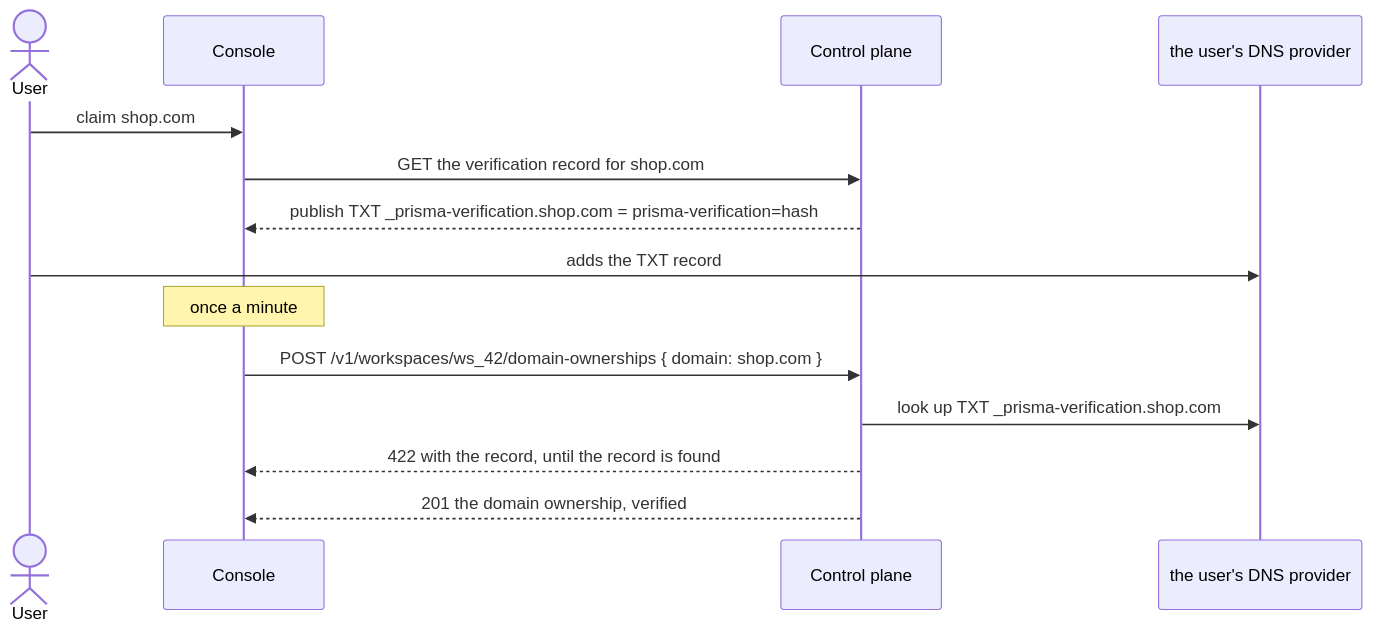
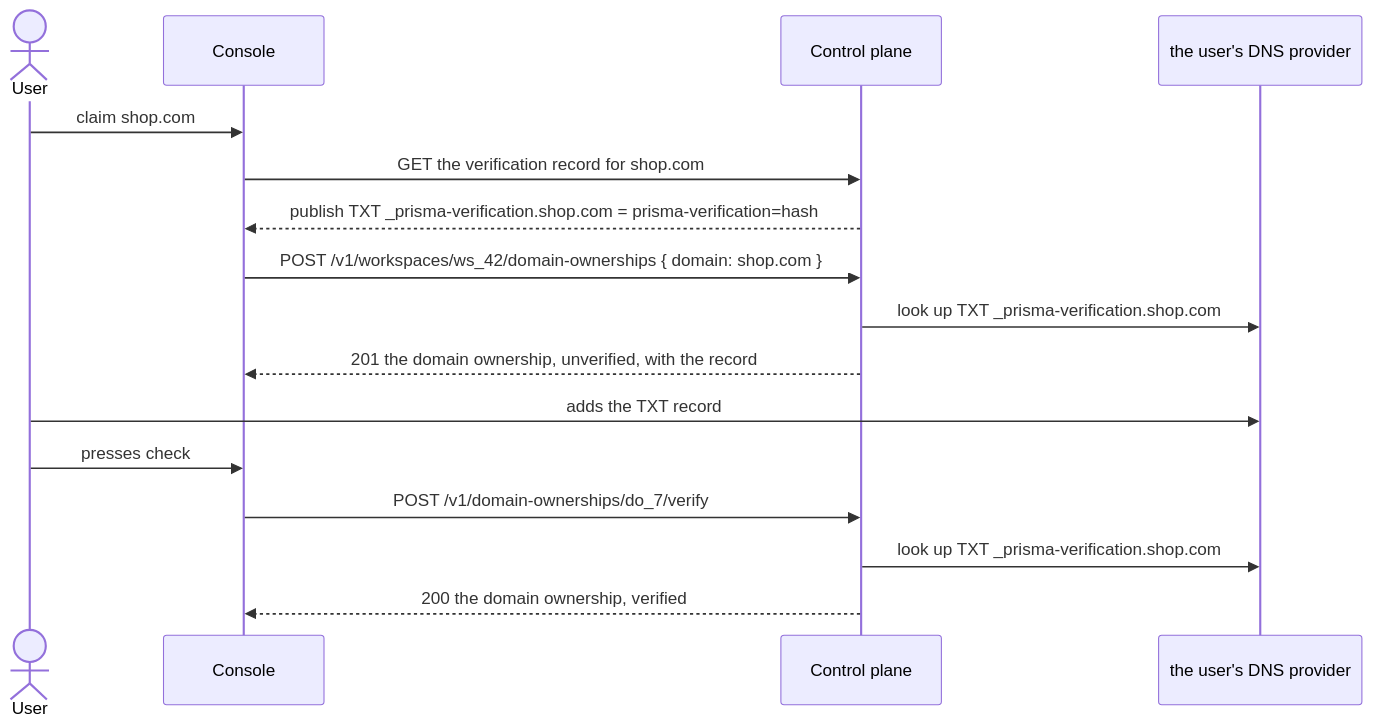
One commit to prisma/composer changed the second of 4 diagrams in .drive/projects/public-urls/design/README.md. Above: the diagram before and after it, drawn with Mermaid. The commit also changed other lines of this file and 8 other files, not shown here.

First line of the commit message:
docs(public-urls): follow the platform's expiry rule for domain ownerships

````diff
--- a/.drive/projects/public-urls/design/README.md
+++ b/.drive/projects/public-urls/design/README.md
@@ -139,16 +141,18 @@
 ```mermaid
 sequenceDiagram
   actor User
   participant Console
   participant CP as Control plane
   participant DNS as the user's DNS provider
   User->>Console: claim shop.com
   Console->>CP: GET the verification record for shop.com
   CP-->>Console: publish TXT _prisma-verification.shop.com = prisma-verification=hash
-  User->>DNS: adds the TXT record
-  Note over Console: once a minute
   Console->>CP: POST /v1/workspaces/ws_42/domain-ownerships { domain: shop.com }
   CP->>DNS: look up TXT _prisma-verification.shop.com
-  CP-->>Console: 422 with the record, until the record is found
-  CP-->>Console: 201 the domain ownership, verified
+  CP-->>Console: 201 the domain ownership, unverified, with the record
+  User->>DNS: adds the TXT record
+  User->>Console: presses check
+  Console->>CP: POST /v1/domain-ownerships/do_7/verify
+  CP->>DNS: look up TXT _prisma-verification.shop.com
+  CP-->>Console: 200 the domain ownership, verified
 ```
````
